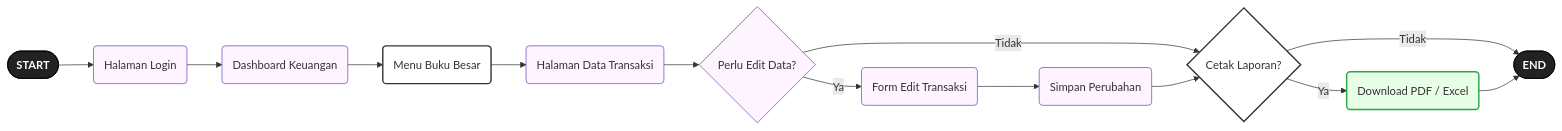
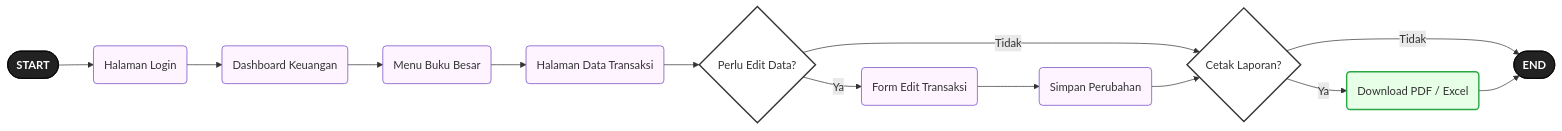
The seventh of 17 diagrams in ANALISIS_PERANCANGAN_SISTEM.md (mbkmmagang26/PDAM_seruyan), drawn with Mermaid before and after one commit. The commit also changed other lines of this file, not shown here.

````diff
--- a/ANALISIS_PERANCANGAN_SISTEM.md
+++ b/ANALISIS_PERANCANGAN_SISTEM.md
@@ -222,27 +222,27 @@
 ```mermaid
 flowchart LR
     S_START([START]) --> A(Halaman Login)
     A --> B(Dashboard Keuangan)
     B --> C(Menu Buku Besar)
     C --> D(Halaman Data Transaksi)
     D --> E{Perlu Edit Data?}
     E -- Ya --> F(Form Edit Transaksi)
     F --> G(Simpan Perubahan)
     E -- Tidak --> H{Cetak Laporan?}
     G --> H
     H -- Ya --> I(Download PDF / Excel)
     H -- Tidak --> S_END([END])
     I --> S_END
 
     style S_START fill:#222,stroke:#000,color:#fff,font-weight:bold
     style S_END fill:#222,stroke:#000,color:#fff,font-weight:bold
     style A fill:#fdf4ff,stroke:#6f42c1
     style B fill:#fdf4ff,stroke:#6f42c1
-    style C fill:#fff,stroke:#333,stroke-width:2px
+    style C fill:#fdf4ff,stroke:#6f42c1
     style D fill:#fdf4ff,stroke:#6f42c1
-    style E fill:#fdf4ff,stroke:#6f42c1
+    style E fill:#fff,stroke:#333,stroke-width:2px
     style F fill:#fdf4ff,stroke:#6f42c1
     style G fill:#fdf4ff,stroke:#6f42c1
     style H fill:#fff,stroke:#333,stroke-width:2px
     style I fill:#e6ffe6,stroke:#28a745,stroke-width:2px
 ```
````
